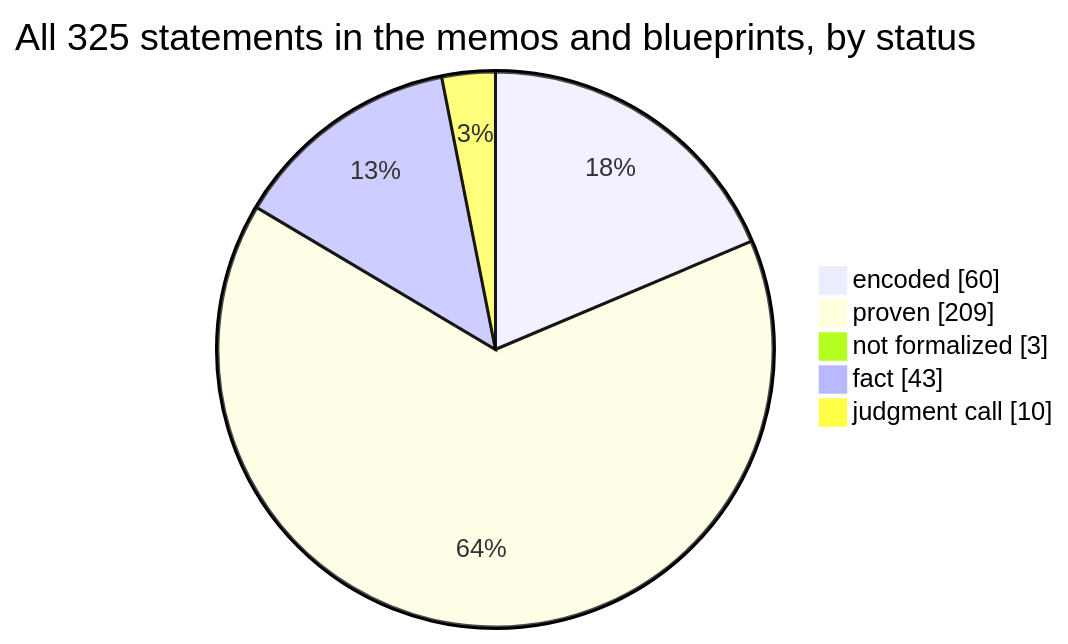
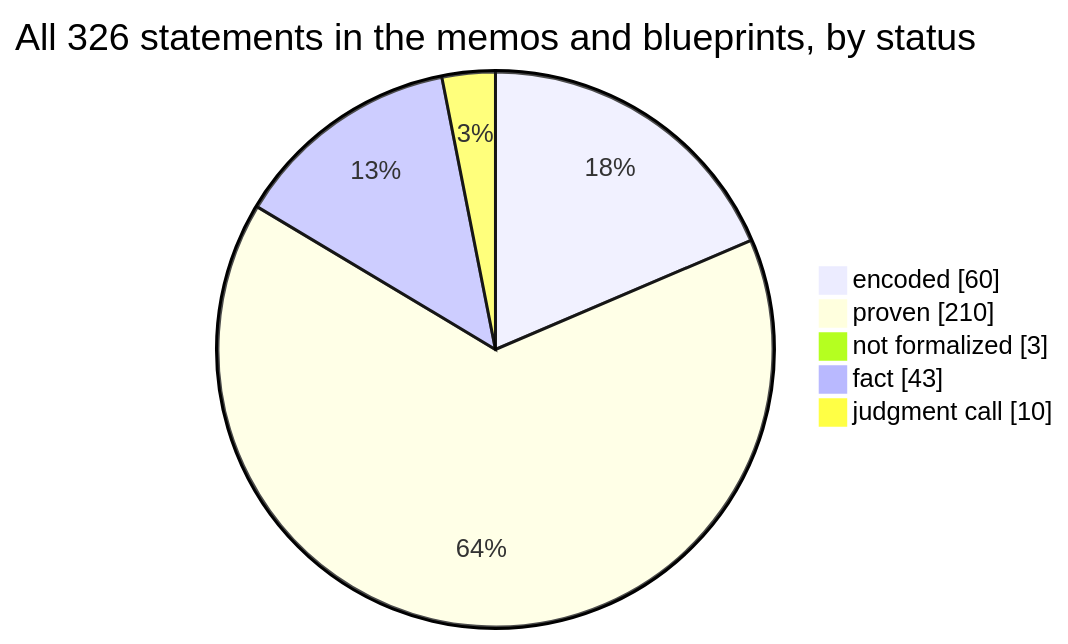
One commit to SeanWMurray/Canteen changed the first of 4 diagrams in docs/graphs/dashboard.md. Above: the diagram before and after it, drawn with Mermaid. The commit also changed other lines of this file and 57 other files, not shown here.

````diff
--- a/docs/graphs/dashboard.md
+++ b/docs/graphs/dashboard.md
@@ -11,8 +11,8 @@
 ```mermaid
-pie showData title All 325 statements in the memos and blueprints, by status
+pie showData title All 326 statements in the memos and blueprints, by status
     "encoded" : 60
-    "proven" : 209
+    "proven" : 210
     "not formalized" : 3
     "fact" : 43
     "judgment call" : 10
 ```
````
